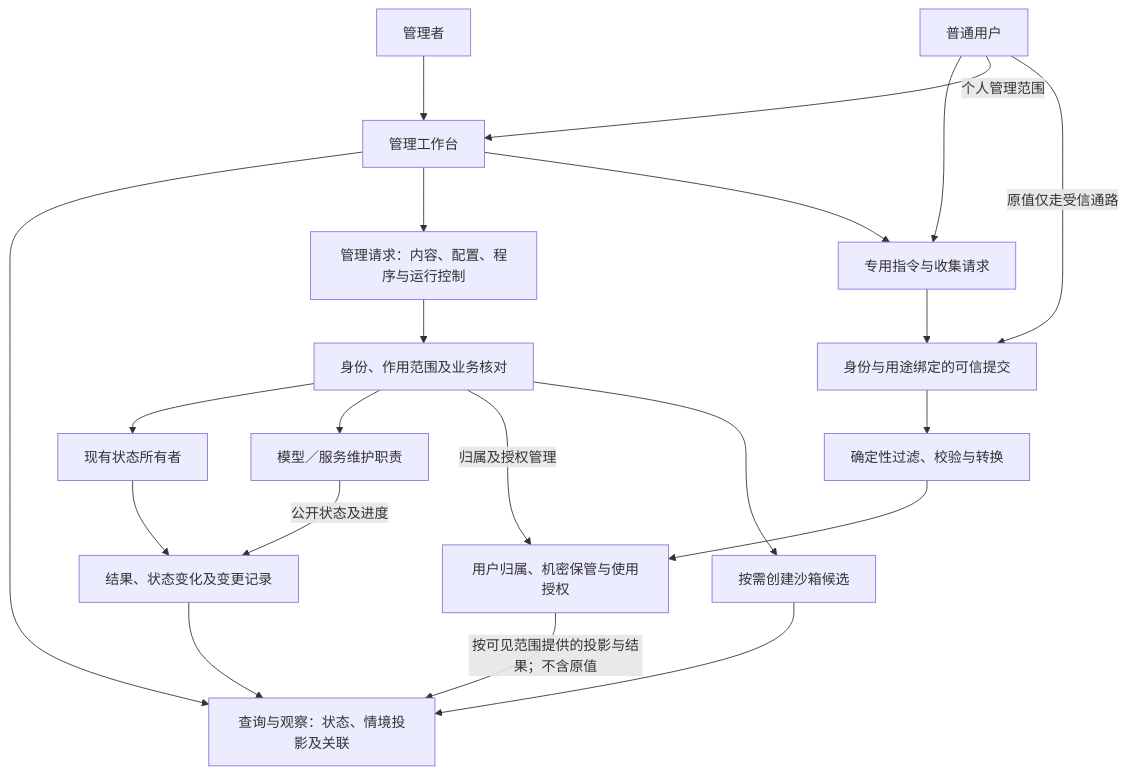
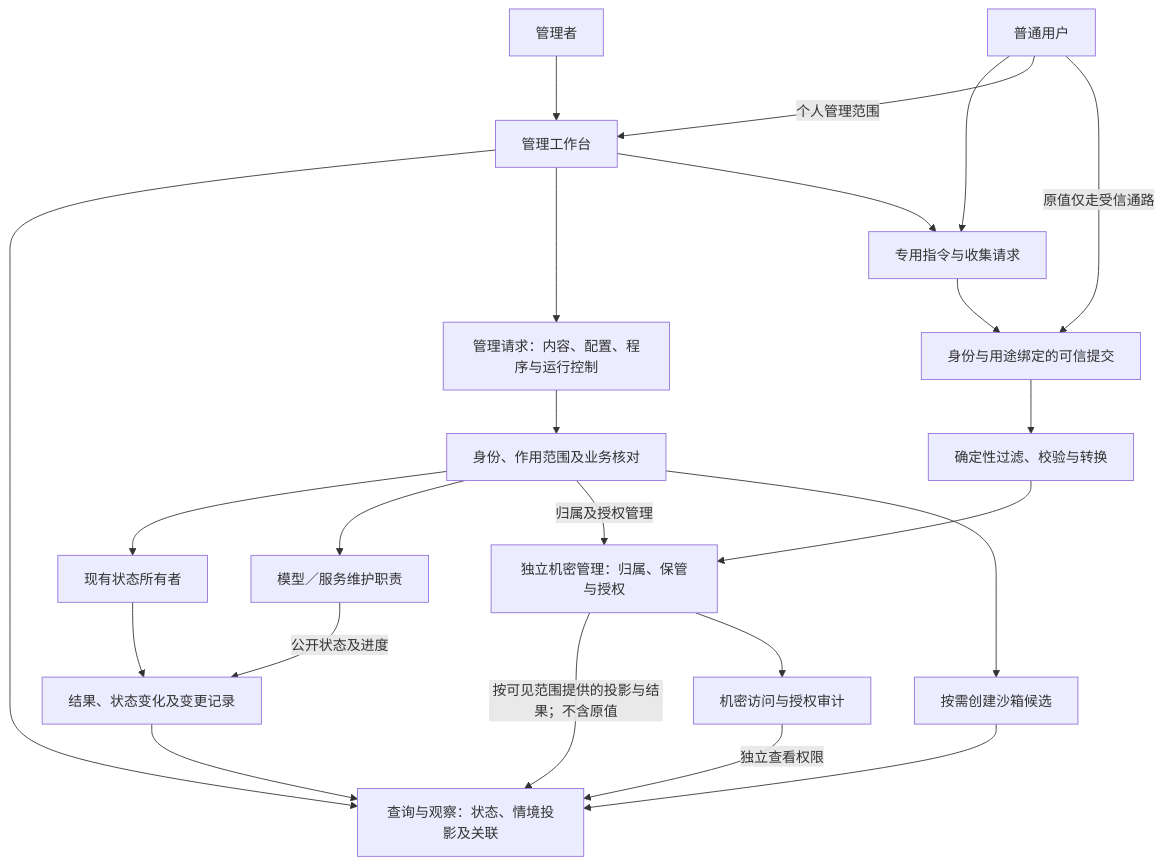
The diagram in docs/management-workspace.md (d7z-project/TinyAGI), drawn with Mermaid before and after one commit. The commit also changed other lines of this file and 30 other files, not shown here.

````diff
--- a/docs/management-workspace.md
+++ b/docs/management-workspace.md
@@ -27,23 +27,25 @@
 ```mermaid
 flowchart TB
     Operator["管理者"] --> Workspace["管理工作台"]
     Workspace --> Read["查询与观察：状态、情境投影及关联"]
     Workspace --> Request["管理请求：内容、配置、程序与运行控制"]
     Request --> Scope["身份、作用范围及业务核对"]
     Scope --> Owners["现有状态所有者"]
     Scope --> Maintenance["模型／服务维护职责"]
     User["普通用户"] --> Command["专用指令与收集请求"]
     User -->|"个人管理范围"| Workspace
     Workspace --> Command
     Command --> Intake["身份与用途绑定的可信提交"]
     User -->|"原值仅走受信通路"| Intake
     Intake --> Pipeline["确定性过滤、校验与转换"]
-    Pipeline --> Secrets["用户归属、机密保管与使用授权"]
+    Pipeline --> Secrets["独立机密管理：归属、保管与授权"]
     Scope -->|"归属及授权管理"| Secrets
     Secrets -->|"按可见范围提供的投影与结果；不含原值"| Read
+    Secrets --> Audit["机密访问与授权审计"]
+    Audit -->|"独立查看权限"| Read
     Maintenance -->|"公开状态及进度"| Events
     Owners --> Events["结果、状态变化及变更记录"]
     Events --> Read
     Scope --> Sandbox["按需创建沙箱候选"]
     Sandbox --> Read
 ```
````
